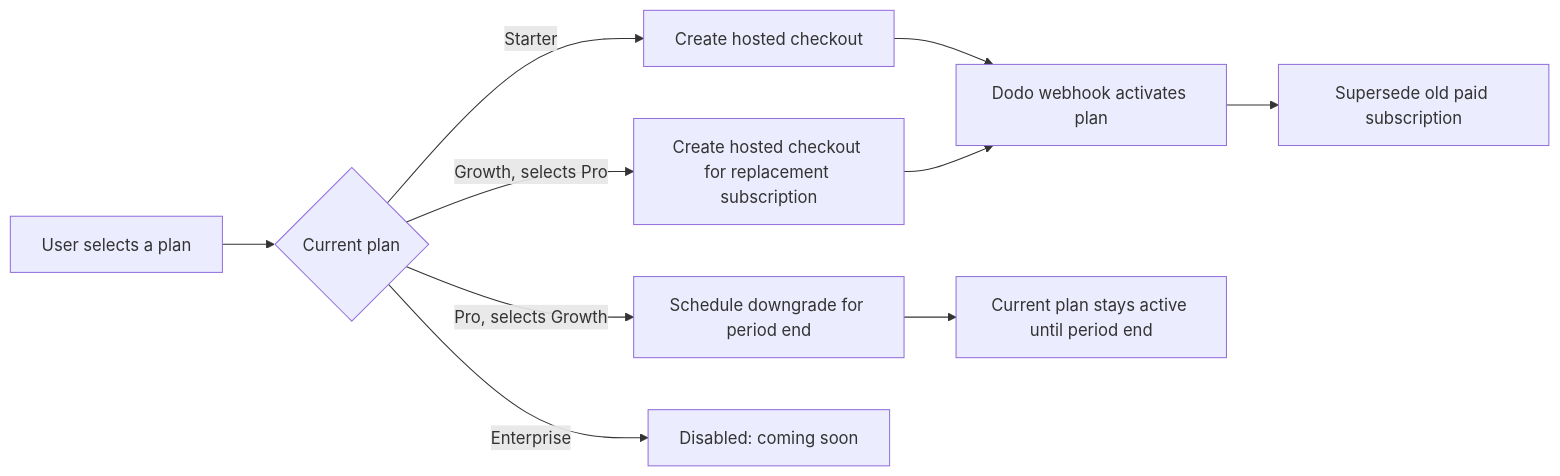
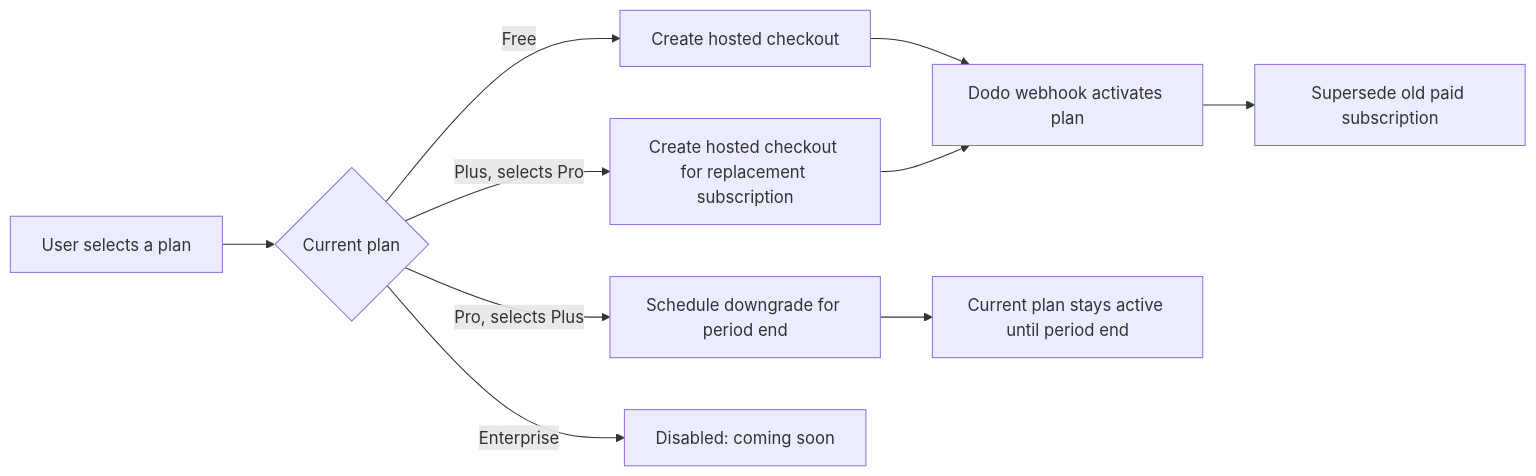
Before and after one commit to dabhivijay2478/InsightFlow: the second of 2 diagrams in md-docs/dodo-payments-flowchart.md, drawn with Mermaid. The commit also changed other lines of this file and 2 other files, not shown here.

Commit message:
refactor: rename billing plans from Starter/Growth to Free/Plus and remove upcoming-charges endpoint references

````diff
--- a/md-docs/dodo-payments-flowchart.md
+++ b/md-docs/dodo-payments-flowchart.md
@@ -58,12 +58,12 @@
 ```mermaid
 flowchart LR
   A["User selects a plan"] --> B{"Current plan"}
-  B -->|"Starter"| C["Create hosted checkout"]
-  B -->|"Growth, selects Pro"| D["Create hosted checkout for replacement subscription"]
-  B -->|"Pro, selects Growth"| E["Schedule downgrade for period end"]
+  B -->|"Free"| C["Create hosted checkout"]
+  B -->|"Plus, selects Pro"| D["Create hosted checkout for replacement subscription"]
+  B -->|"Pro, selects Plus"| E["Schedule downgrade for period end"]
   B -->|"Enterprise"| F["Disabled: coming soon"]
   C --> G["Dodo webhook activates plan"]
   D --> G
   G --> I["Supersede old paid subscription"]
   E --> H["Current plan stays active until period end"]
 ```
````
